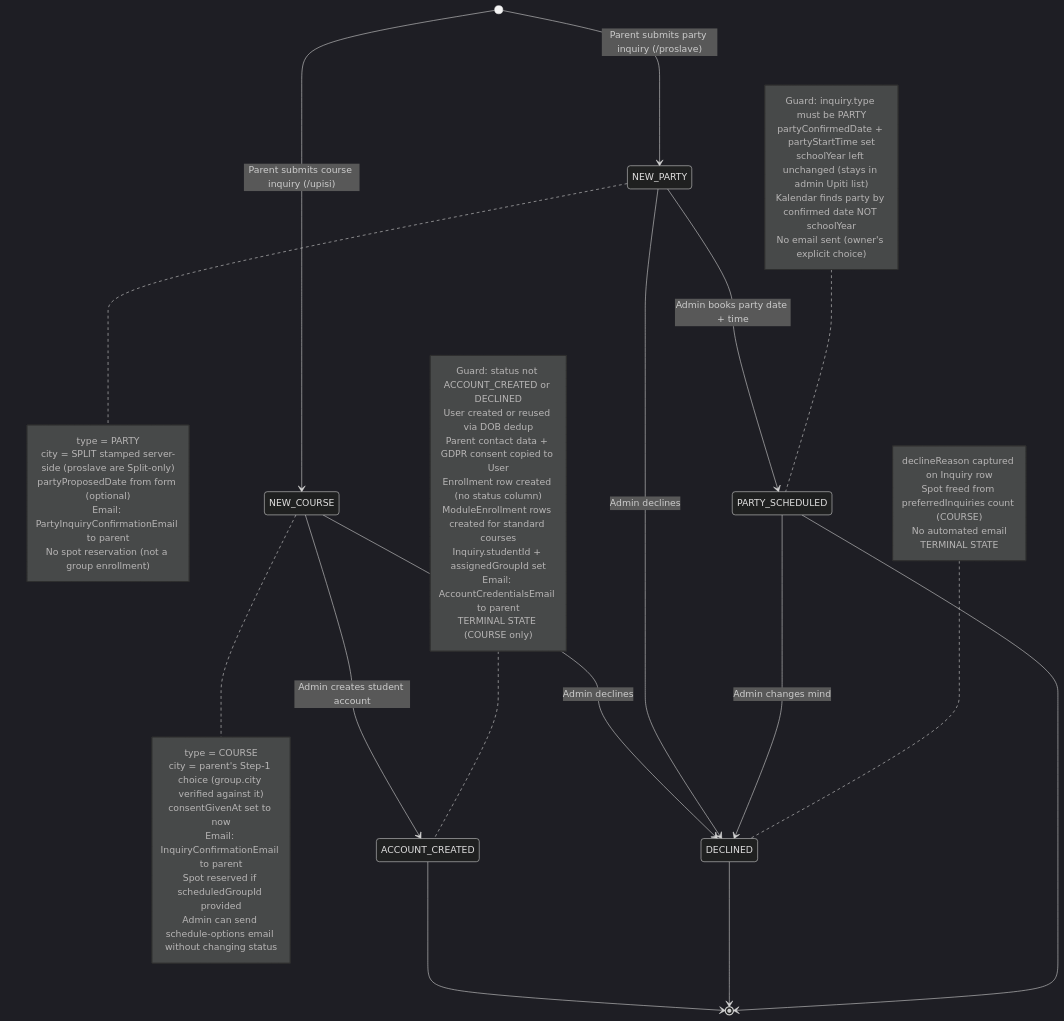
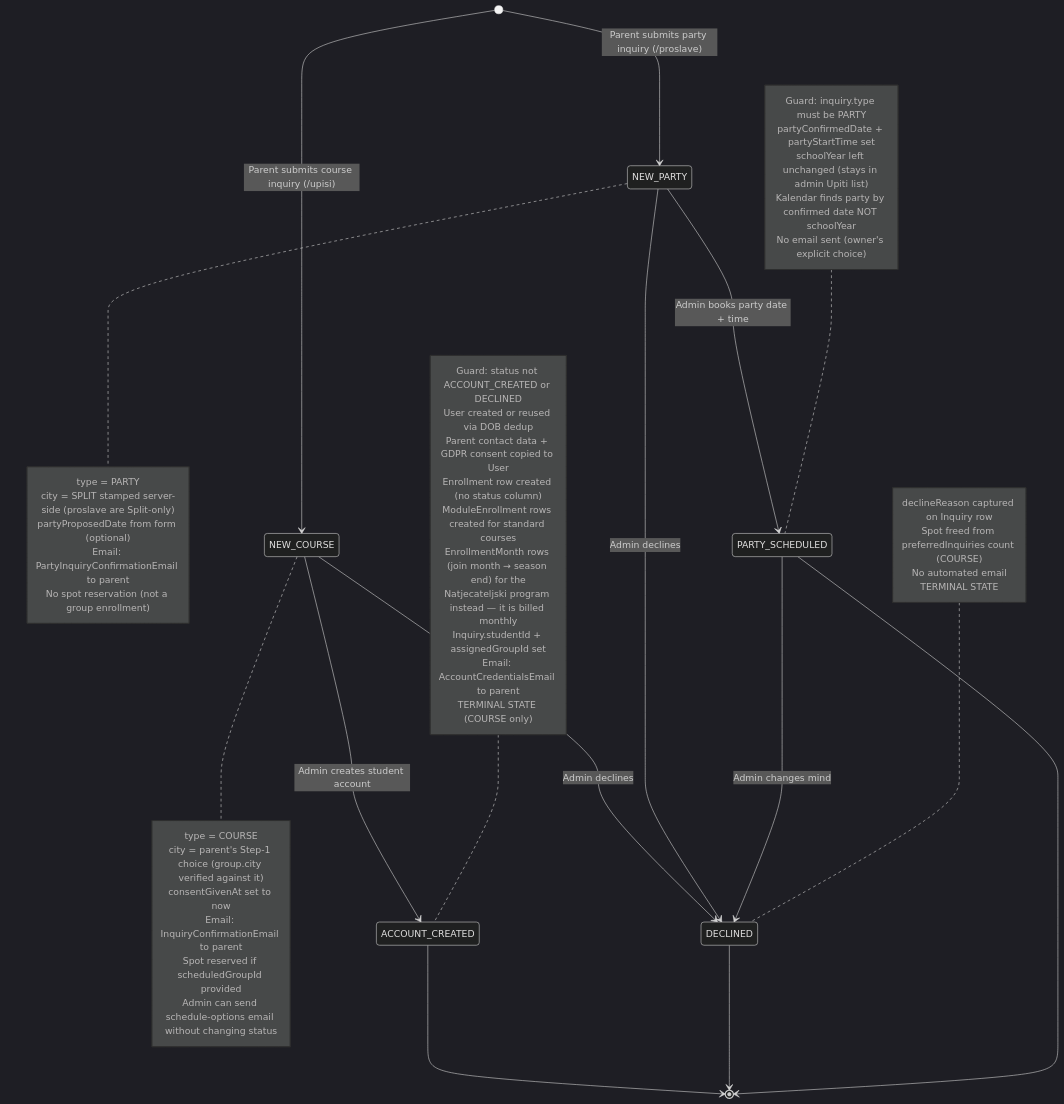
Before and after one commit to jpucic00/inovatic: the first of 15 diagrams in docs/diagrams/enrollment-rules.md, drawn with Mermaid (dark theme). The commit also changed other lines of this file and 135 other files, not shown here.

````diff
--- a/docs/diagrams/enrollment-rules.md
+++ b/docs/diagrams/enrollment-rules.md
@@ -13,60 +13,62 @@
 ```mermaid
 stateDiagram-v2
     [*] --> NEW_COURSE: Parent submits course inquiry (/upisi)
     [*] --> NEW_PARTY: Parent submits party inquiry (/proslave)
 
     NEW_COURSE --> ACCOUNT_CREATED: Admin creates student account
     NEW_COURSE --> DECLINED: Admin declines
 
     NEW_PARTY --> PARTY_SCHEDULED: Admin books party date + time
     NEW_PARTY --> DECLINED: Admin declines
 
     PARTY_SCHEDULED --> DECLINED: Admin changes mind
 
     ACCOUNT_CREATED --> [*]
     DECLINED --> [*]
     PARTY_SCHEDULED --> [*]
 
     note right of NEW_COURSE
         type = COURSE
         city = parent's Step-1 choice (group.city verified against it)
         consentGivenAt set to now
         Email: InquiryConfirmationEmail to parent
         Spot reserved if scheduledGroupId provided
         Admin can send schedule-options email without changing status
     end note
 
     note right of NEW_PARTY
         type = PARTY
         city = SPLIT stamped server-side (proslave are Split-only)
         partyProposedDate from form (optional)
         Email: PartyInquiryConfirmationEmail to parent
         No spot reservation (not a group enrollment)
     end note
 
     note left of ACCOUNT_CREATED
         Guard: status not ACCOUNT_CREATED or DECLINED
         User created or reused via DOB dedup
         Parent contact data + GDPR consent copied to User
         Enrollment row created (no status column)
         ModuleEnrollment rows created for standard courses
+        EnrollmentMonth rows (join month → season end) for the
+        Natjecateljski program instead — it is billed monthly
         Inquiry.studentId + assignedGroupId set
         Email: AccountCredentialsEmail to parent
         TERMINAL STATE (COURSE only)
     end note
 
     note left of PARTY_SCHEDULED
         Guard: inquiry.type must be PARTY
         partyConfirmedDate + partyStartTime set
         schoolYear left unchanged (stays in admin Upiti list)
         Kalendar finds party by confirmed date NOT schoolYear
         No email sent (owner's explicit choice)
     end note
 
     note left of DECLINED
         declineReason captured on Inquiry row
         Spot freed from preferredInquiries count (COURSE)
         No automated email
         TERMINAL STATE
     end note
 ```
````
